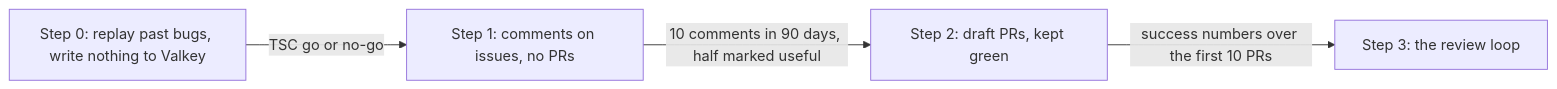
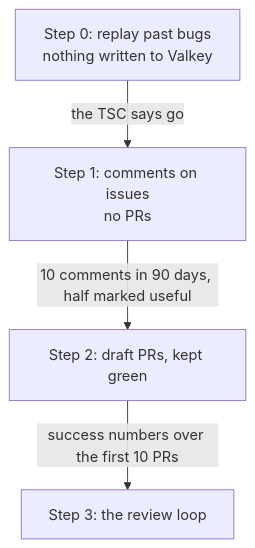
The second of 8 diagrams in docs/design/software-factory.md (sarthakaggarwal97/valkey-ci-agent), drawn with Mermaid before and after one commit. The commit also changed other lines of this file, not shown here.

Commit message:
Make the design doc's diagrams readable on GitHub

````diff
--- a/docs/design/software-factory.md
+++ b/docs/design/software-factory.md
@@ -99,6 +99,10 @@
 ```mermaid
-flowchart LR
-    S0["Step 0: replay past bugs, write nothing to Valkey"] -->|"TSC go or no-go"| S1["Step 1: comments on issues, no PRs"]
-    S1 -->|"10 comments in 90 days, half marked useful"| S2["Step 2: draft PRs, kept green"]
-    S2 -->|"success numbers over the first 10 PRs"| S3["Step 3: the review loop"]
+flowchart TD
+    S0["Step 0: replay past bugs<br/>nothing written to Valkey"]
+    S1["Step 1: comments on issues<br/>no PRs"]
+    S2["Step 2: draft PRs, kept green"]
+    S3["Step 3: the review loop"]
+    S0 -->|"the TSC says go"| S1
+    S1 -->|"10 comments in 90 days, half marked useful"| S2
+    S2 -->|"success numbers over the first 10 PRs"| S3
 ```
````
